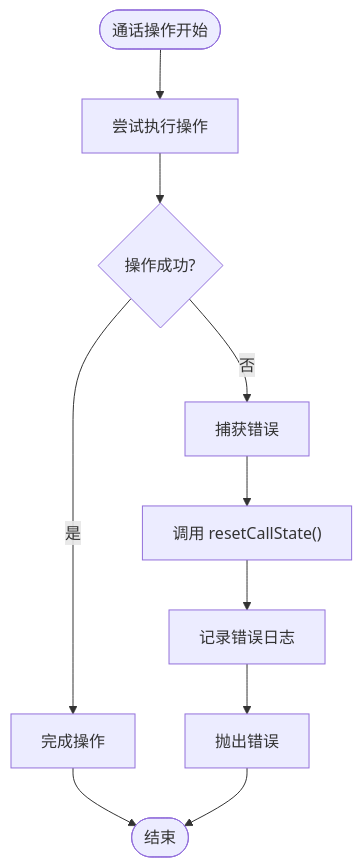
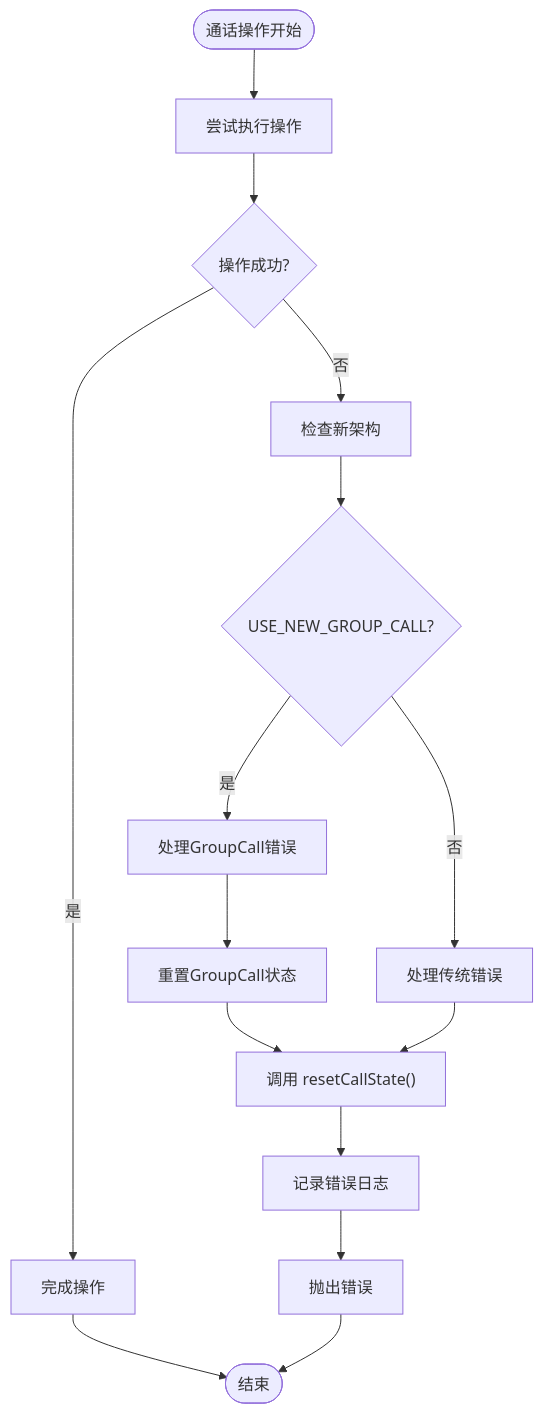
The eighth of 10 diagrams in .qoder/repowiki/zh/content/组合式 API/通话控制 API.md (Easemob-Community/easemob-uikit-callkit-vue3), drawn with Mermaid before and after one commit. The commit also changed other lines of this file and 54 other files, not shown here.

````diff
--- a/.qoder/repowiki/zh/content/组合式 API/通话控制 API.md
+++ b/.qoder/repowiki/zh/content/组合式 API/通话控制 API.md
@@ -423,12 +608,17 @@
 ```mermaid
 flowchart TD
 Start([通话操作开始]) --> TryOperation["尝试执行操作"]
 TryOperation --> Success{"操作成功?"}
 Success --> |是| Complete["完成操作"]
-Success --> |否| CatchError["捕获错误"]
-CatchError --> ResetState["调用 resetCallState()"]
+Success --> |否| CheckFeature["检查新架构"]
+CheckFeature --> NewArch{"USE_NEW_GROUP_CALL?"}
+NewArch --> |是| HandleGroupCall["处理GroupCall错误"]
+NewArch --> |否| HandleLegacy["处理传统错误"]
+HandleGroupCall --> ResetGroupCall["重置GroupCall状态"]
+ResetGroupCall --> ResetState["调用 resetCallState()"]
+HandleLegacy --> ResetState
 ResetState --> LogError["记录错误日志"]
 LogError --> ThrowError["抛出错误"]
 Complete --> End([结束])
 ThrowError --> End
 ```
````
